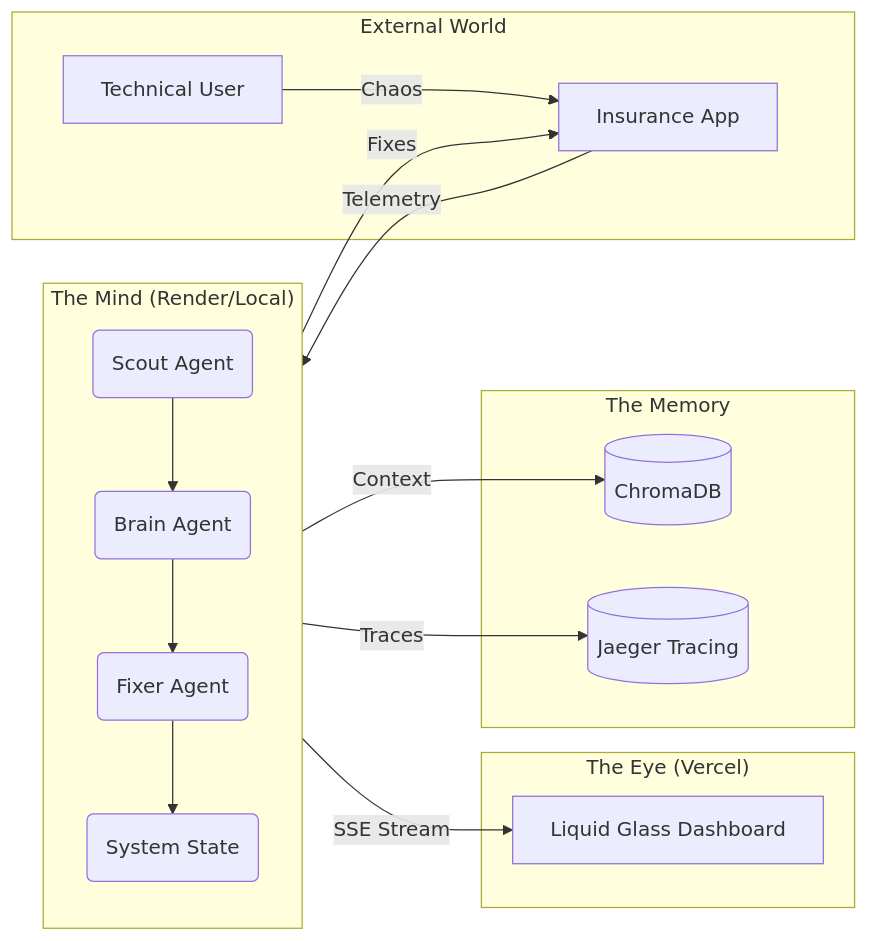
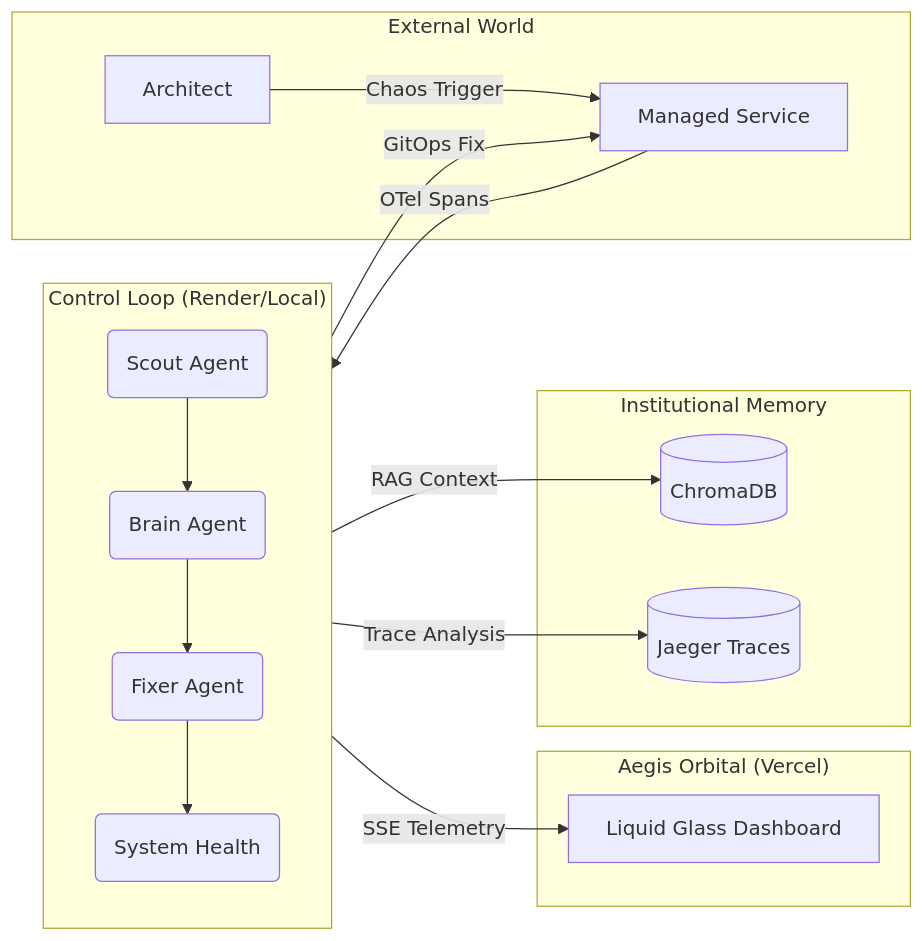
One commit to mohammedsalmanj/sre.space-cp changed the diagram in README.md. Above: the diagram before and after it, drawn with Mermaid. The commit also changed other lines of this file and 8 other files, not shown here.

Commit message:
feat: Aegis Orbital Redefinition. Transform to Aegis SRE-Space with Liquid Glass bright theme, senior architect README, and production veracity guide.

````diff
--- a/README.md
+++ b/README.md
@@ -37,30 +46,30 @@
 ```mermaid
 graph LR
     subgraph "External World"
-        App[Insurance App]
-        User[Technical User]
+        App[Managed Service]
+        User[Architect]
     end
 
-    subgraph "The Eye (Vercel)"
+    subgraph "Aegis Orbital (Vercel)"
         UI[Liquid Glass Dashboard]
     end
 
-    subgraph "The Mind (Render/Local)"
+    subgraph "Control Loop (Render/Local)"
         direction TB
         Signal(Scout Agent) --> Logic(Brain Agent)
         Logic --> Execute(Fixer Agent)
-        Execute --> Stabilize(System State)
+        Execute --> Stabilize(System Health)
     end
 
-    subgraph "The Memory"
+    subgraph "Institutional Memory"
         Chroma[(ChromaDB)]
-        Jaeger[(Jaeger Tracing)]
+        Jaeger[(Jaeger Traces)]
     end
 
-    App -- Telemetry --> Signal
-    Logic -- Context --> Chroma
-    Logic -- Traces --> Jaeger
-    Execute -- Fixes --> App
-    Signal -- SSE Stream --> UI
-    User -- Chaos --> App
+    App -- OTel Spans --> Signal
+    Logic -- RAG Context --> Chroma
+    Logic -- Trace Analysis --> Jaeger
+    Execute -- GitOps Fix --> App
+    Signal -- SSE Telemetry --> UI
+    User -- Chaos Trigger --> App
 ```
````
